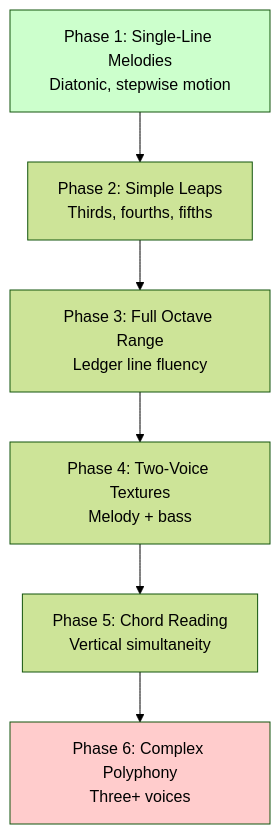
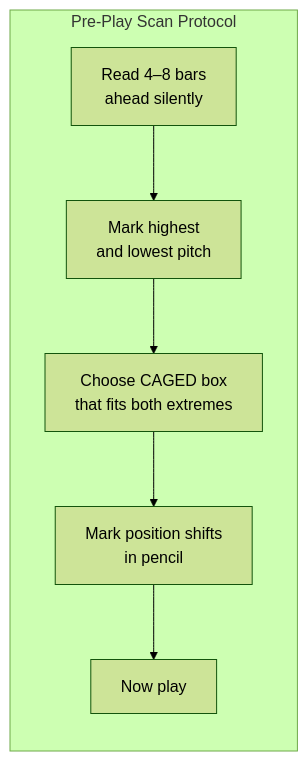
The second of 3 diagrams in topics/arts/music_performance/acoustic_guitar/lesson_04_reading_tablature_and_sheet_music.md (blebleblee/synapse), drawn with Mermaid (forest theme) before and after one commit. The commit also changed other lines of this file and 4 other files, not shown here.

````diff
--- a/topics/arts/music_performance/acoustic_guitar/lesson_04_reading_tablature_and_sheet_music.md
+++ b/topics/arts/music_performance/acoustic_guitar/lesson_04_reading_tablature_and_sheet_music.md
@@ -284,11 +512,9 @@
 ```mermaid
-graph TD
-    A["Phase 1: Single-Line Melodies<br/>Diatonic, stepwise motion"] --> B["Phase 2: Simple Leaps<br/>Thirds, fourths, fifths"]
-    B --> C["Phase 3: Full Octave Range<br/>Ledger line fluency"]
-    C --> D["Phase 4: Two-Voice Textures<br/>Melody + bass"]
-    D --> E["Phase 5: Chord Reading<br/>Vertical simultaneity"]
-    E --> F["Phase 6: Complex Polyphony<br/>Three+ voices"]
-    
-    style A fill:#ccffcc
-    style F fill:#ffcccc
+graph LR
+    subgraph sub_scan ["Pre-Play Scan Protocol"]
+        A["Read 4–8 bars\nahead silently"] --> B["Mark highest\nand lowest pitch"]
+        B --> C["Choose CAGED box\nthat fits both extremes"]
+        C --> D["Mark position shifts\nin pencil"]
+        D --> E["Now play"]
+    end
 ```
````
